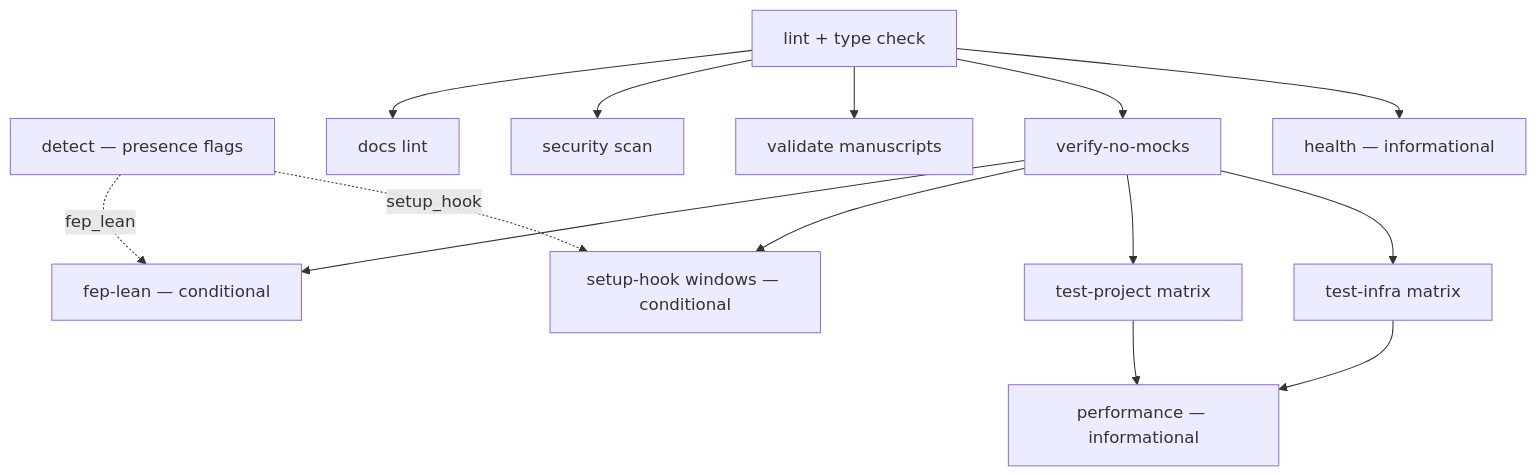
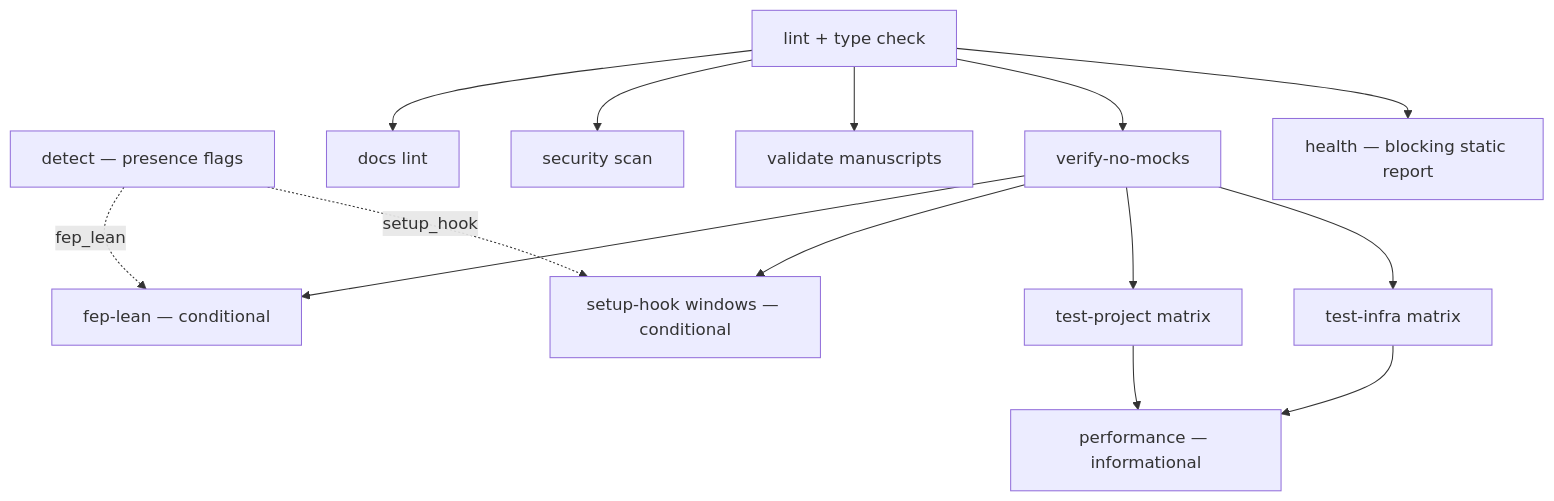
One commit to docxology/template changed the eighth of 8 diagrams in .github/README.md. Above: the diagram before and after it, drawn with Mermaid. The commit also changed other lines of this file and 11 other files, not shown here.

Commit message:
fix(ci): share real docs tooling with static health

````diff
--- a/.github/README.md
+++ b/.github/README.md
@@ -880,28 +880,28 @@
 ```mermaid
 flowchart TB
     D[detect — presence flags]
     L[lint + type check]
-    H[health — informational]
+    H[health — blocking static report]
     VNM[verify-no-mocks]
     SH[setup-hook windows — conditional]
     TI[test-infra matrix]
     TP[test-project matrix]
     FL[fep-lean — conditional]
     VM[validate manuscripts]
     SS[security scan]
     DL[docs lint]
     PC[performance — informational]
     L --> H
     L --> VNM
     L --> VM
     L --> SS
     L --> DL
     VNM --> TI
     VNM --> TP
     VNM --> SH
     VNM --> FL
     D -. setup_hook .-> SH
     D -. fep_lean .-> FL
     TI --> PC
     TP --> PC
 ```
````
